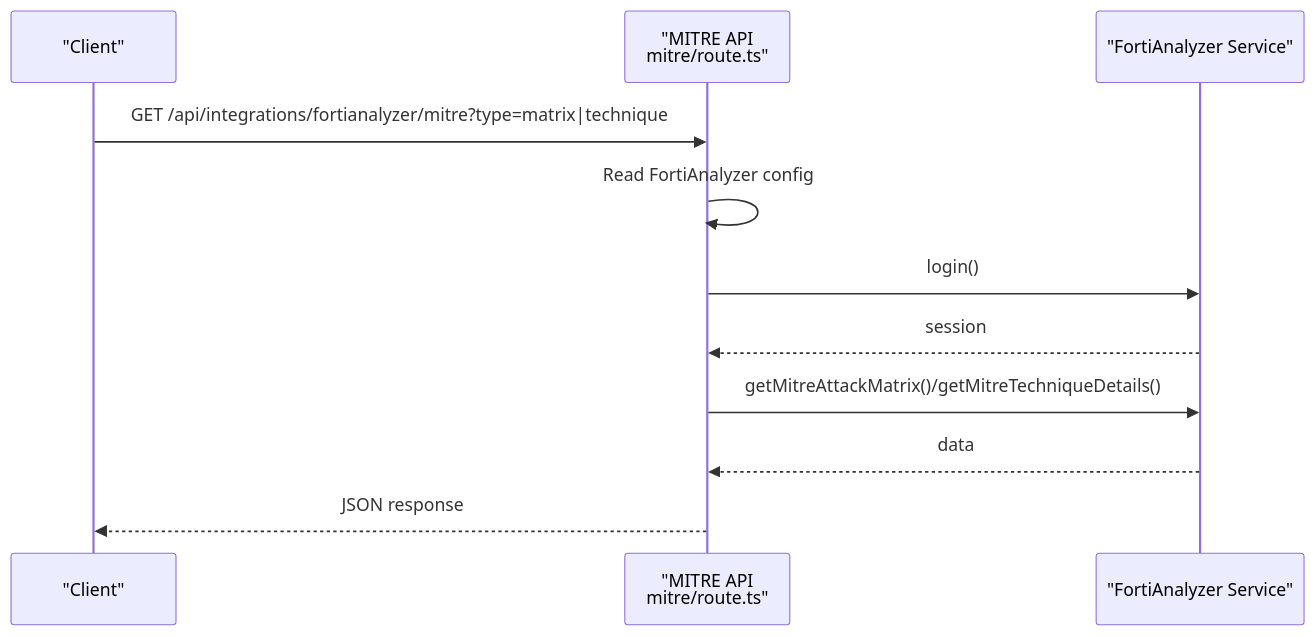
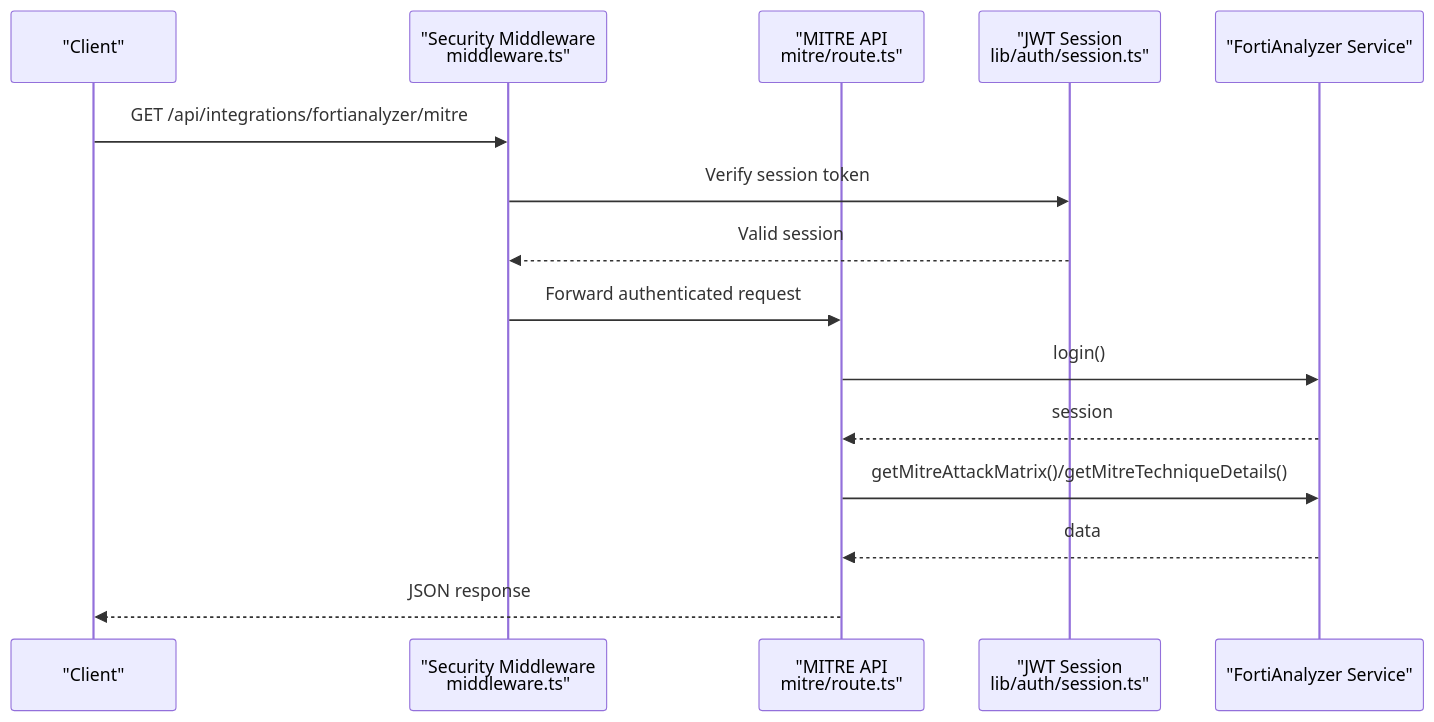
The ninth of 10 diagrams in .qoder/repowiki/en/content/Security Management/Security Management.md (celebigilfatih/infrascope), drawn with Mermaid before and after one commit. The commit also changed other lines of this file and 12 other files, not shown here.

First line of the commit message:
feat(api): add authentication, license management, and enhanced security middleware

````diff
--- a/.qoder/repowiki/en/content/Security Management/Security Management.md
+++ b/.qoder/repowiki/en/content/Security Management/Security Management.md
@@ -244,13 +434,17 @@
 ```mermaid
 sequenceDiagram
 participant Client as "Client"
+participant MW as "Security Middleware<br/>middleware.ts"
 participant API as "MITRE API<br/>mitre/route.ts"
+participant Session as "JWT Session<br/>lib/auth/session.ts"
 participant FA as "FortiAnalyzer Service"
-Client->>API : GET /api/integrations/fortianalyzer/mitre?type=matrix|technique
-API->>API : Read FortiAnalyzer config
+Client->>MW : GET /api/integrations/fortianalyzer/mitre
+MW->>Session : Verify session token
+Session-->>MW : Valid session
+MW->>API : Forward authenticated request
 API->>FA : login()
 FA-->>API : session
 API->>FA : getMitreAttackMatrix()/getMitreTechniqueDetails()
 FA-->>API : data
 API-->>Client : JSON response
 ```
````
